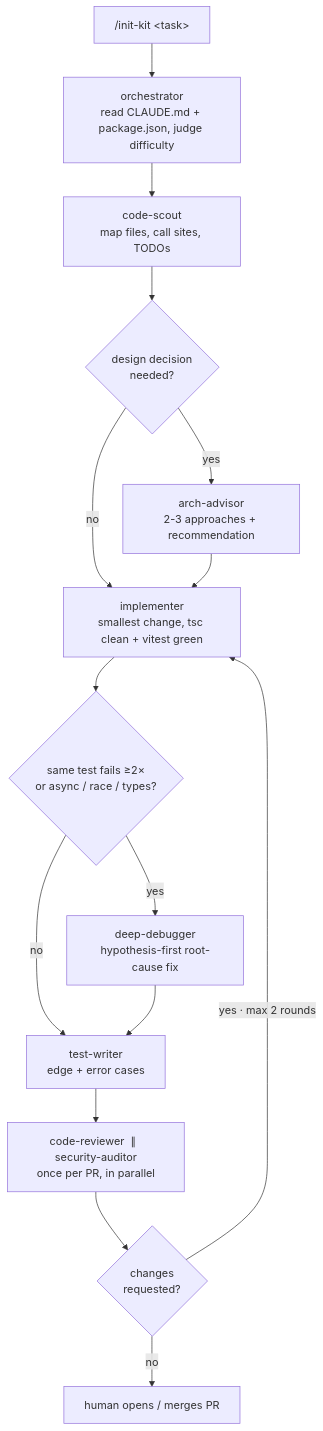
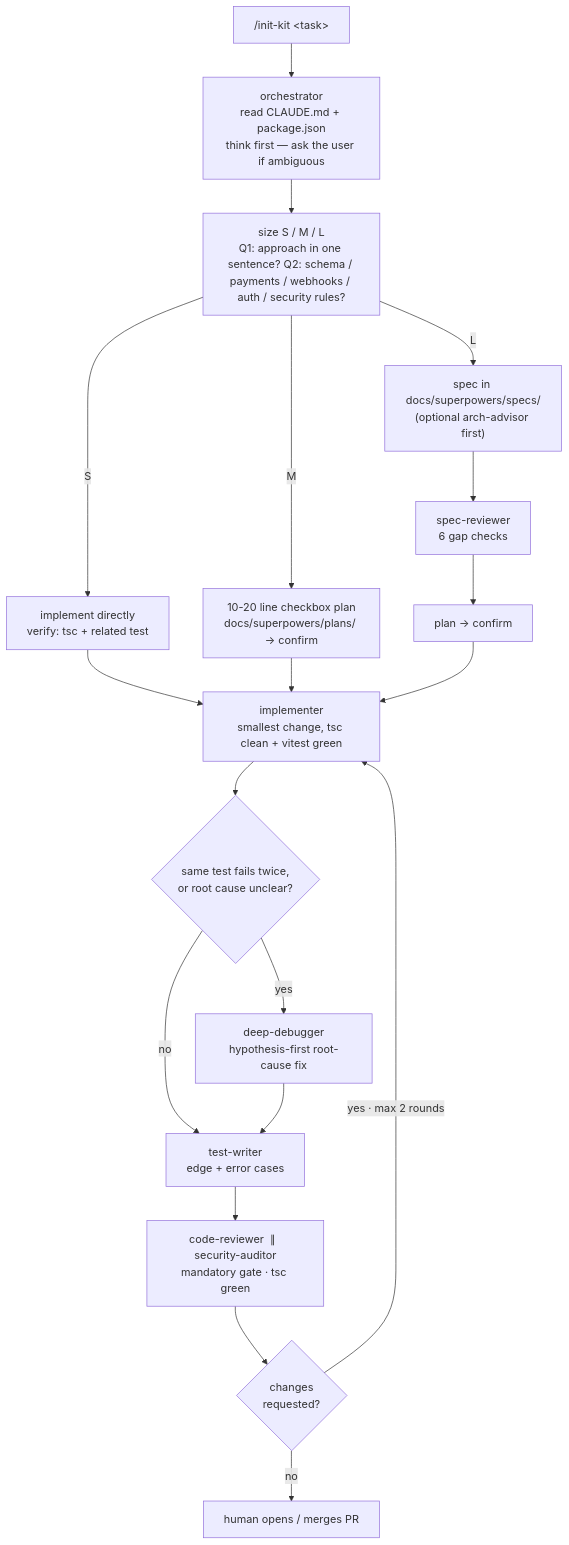
One commit to slenderman2511/AgentAutoKit changed the third of 6 diagrams in README.md. Above: the diagram before and after it, drawn with Mermaid. The commit also changed other lines of this file and 1 other file, not shown here.

First line of the commit message:
docs: document v2 workflow and record pick-tour as the kit's reference

````diff
--- a/README.md
+++ b/README.md
@@ -297,17 +350,21 @@
 ```mermaid
 flowchart TD
-  A["/init-kit &lt;task&gt;"] --> B["orchestrator<br/>read CLAUDE.md + package.json, judge difficulty"]
-  B --> C["code-scout<br/>map files, call sites, TODOs"]
-  C --> D{"design decision<br/>needed?"}
-  D -->|yes| E["arch-advisor<br/>2-3 approaches + recommendation"]
-  D -->|no| F["implementer<br/>smallest change, tsc clean + vitest green"]
-  E --> F
-  F --> G{"same test fails ≥2×<br/>or async / race / types?"}
+  A["/init-kit &lt;task&gt;"] --> B["orchestrator<br/>read CLAUDE.md + package.json<br/>think first — ask the user if ambiguous"]
+  B --> C["size S / M / L<br/>Q1: approach in one sentence? Q2: schema / payments / webhooks / auth / security rules?"]
+  C -->|S| S1["implement directly<br/>verify: tsc + related test"]
+  C -->|M| M1["10-20 line checkbox plan<br/>docs/superpowers/plans/ → confirm"]
+  C -->|L| L1["spec in docs/superpowers/specs/<br/>(optional arch-advisor first)"]
+  L1 --> L2["spec-reviewer<br/>6 gap checks"]
+  L2 --> L3["plan → confirm"]
+  S1 --> F["implementer<br/>smallest change, tsc clean + vitest green"]
+  M1 --> F
+  L3 --> F
+  F --> G{"same test fails twice,<br/>or root cause unclear?"}
   G -->|yes| H["deep-debugger<br/>hypothesis-first root-cause fix"]
   G -->|no| I["test-writer<br/>edge + error cases"]
   H --> I
-  I --> J["code-reviewer  ∥  security-auditor<br/>once per PR, in parallel"]
+  I --> J["code-reviewer  ∥  security-auditor<br/>mandatory gate · tsc green"]
   J --> K{"changes<br/>requested?"}
   K -->|"yes · max 2 rounds"| F
   K -->|no| L["human opens / merges PR"]
 ```
````
